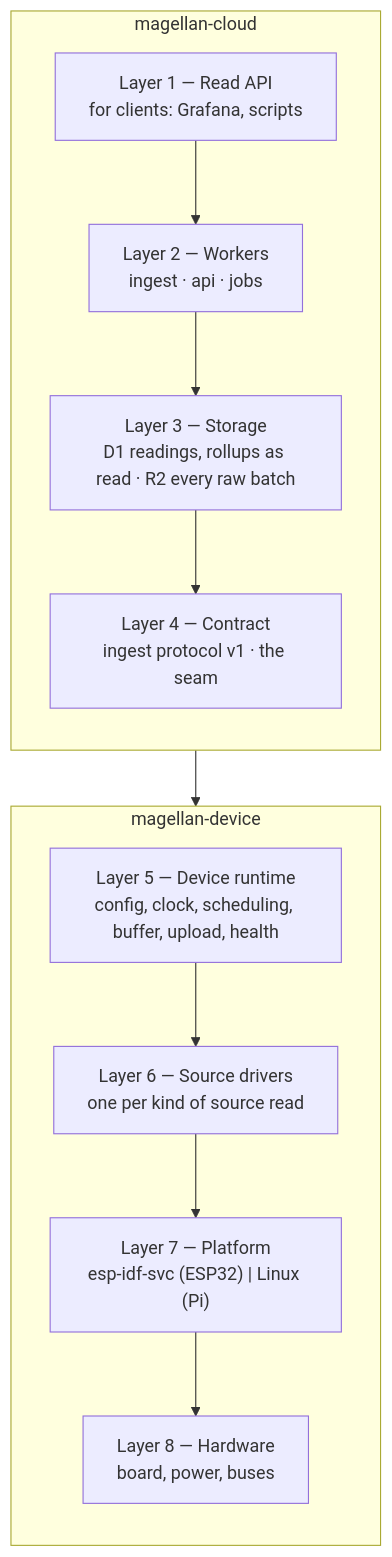
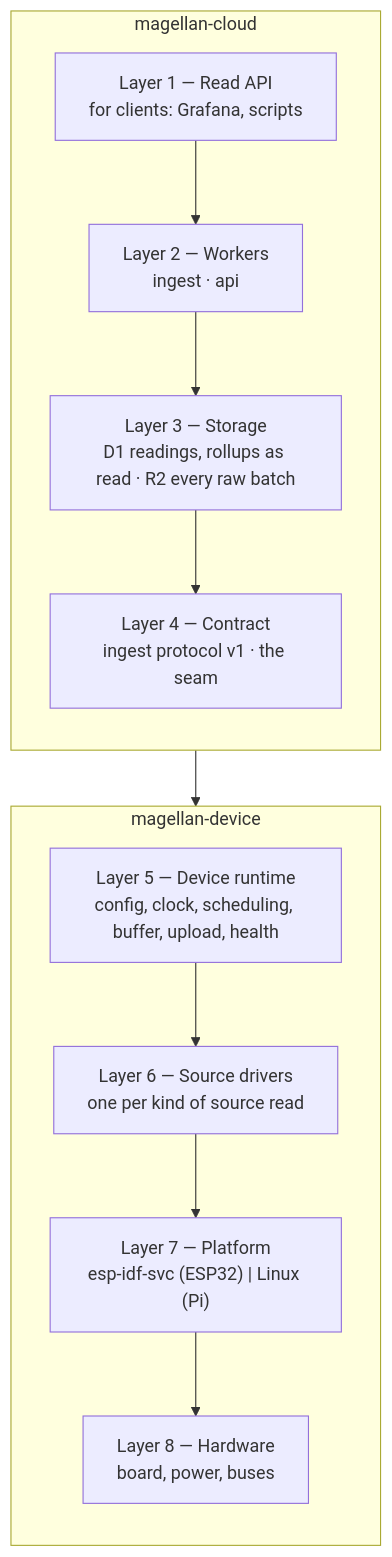
The first of 2 diagrams in docs/DESIGN.md (fabbrito/magellan-cloud), drawn with Mermaid before and after one commit. The commit also changed other lines of this file and 7 other files, not shown here.

````diff
--- a/docs/DESIGN.md
+++ b/docs/DESIGN.md
@@ -61,22 +61,22 @@
 ```mermaid
 flowchart TB
     subgraph cloud["magellan-cloud"]
         direction TB
         L1["Layer 1 — Read API<br/>for clients: Grafana, scripts"]
-        L2["Layer 2 — Workers<br/>ingest · api · jobs"]
+        L2["Layer 2 — Workers<br/>ingest · api"]
         L3["Layer 3 — Storage<br/>D1 readings, rollups as read · R2 every raw batch"]
         L4["Layer 4 — Contract<br/>ingest protocol v1 · the seam"]
         L1 --> L2 --> L3 --> L4
     end
 
     subgraph device["magellan-device"]
         direction TB
         L5["Layer 5 — Device runtime<br/>config, clock, scheduling, buffer, upload, health"]
         L6["Layer 6 — Source drivers<br/>one per kind of source read"]
         L7["Layer 7 — Platform<br/>esp-idf-svc (ESP32) | Linux (Pi)"]
         L8["Layer 8 — Hardware<br/>board, power, buses"]
         L5 --> L6 --> L7 --> L8
     end
 
     L4 --> L5
 ```
````
